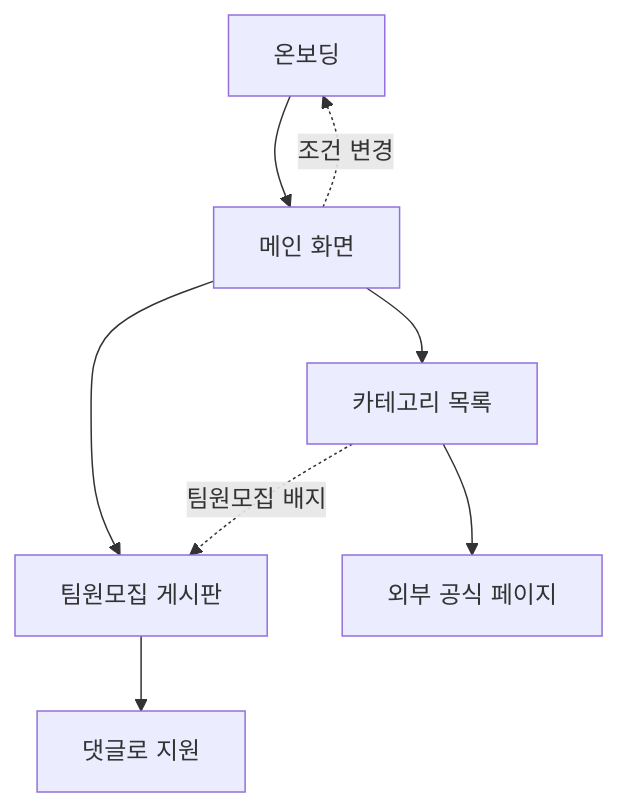
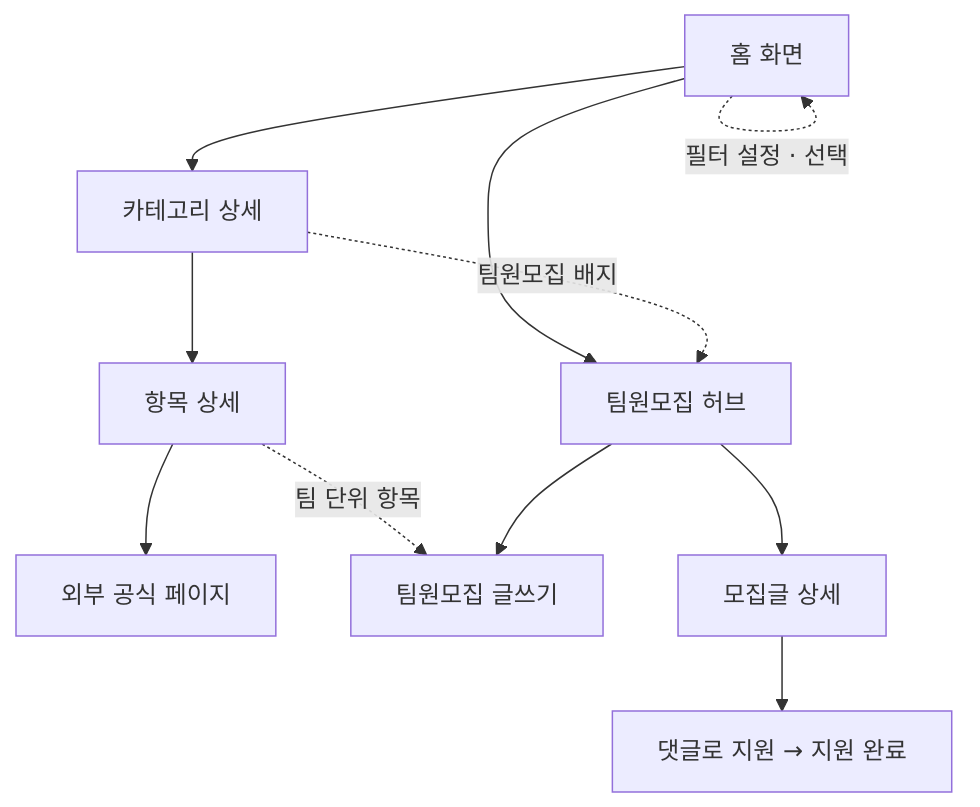
One commit to Mureung1/hub-showcase changed the diagram in N010_권소현/docs/기획서.md. Above: the diagram before and after it, drawn with Mermaid. The commit also changed other lines of this file and 1 other file, not shown here.

````diff
--- a/N010_권소현/docs/기획서.md
+++ b/N010_권소현/docs/기획서.md
@@ -59,10 +59,13 @@
 ```mermaid
 flowchart TD
-    A[온보딩] --> B[메인 화면]
-    B --> C[카테고리 목록]
-    B --> D[팀원모집 게시판]
-    C -.팀원모집 배지.-> D
-    C --> E[외부 공식 페이지]
-    D --> F[댓글로 지원]
-    B -.조건 변경.-> A
+    A[홈 화면] -.필터 설정 · 선택.-> A
+    A --> B[카테고리 상세]
+    A --> C[팀원모집 허브]
+    B -.팀원모집 배지.-> C
+    B --> D[항목 상세]
+    D --> E[외부 공식 페이지]
+    D -.팀 단위 항목.-> F[팀원모집 글쓰기]
+    C --> F
+    C --> G[모집글 상세]
+    G --> H[댓글로 지원 → 지원 완료]
 ```
````
